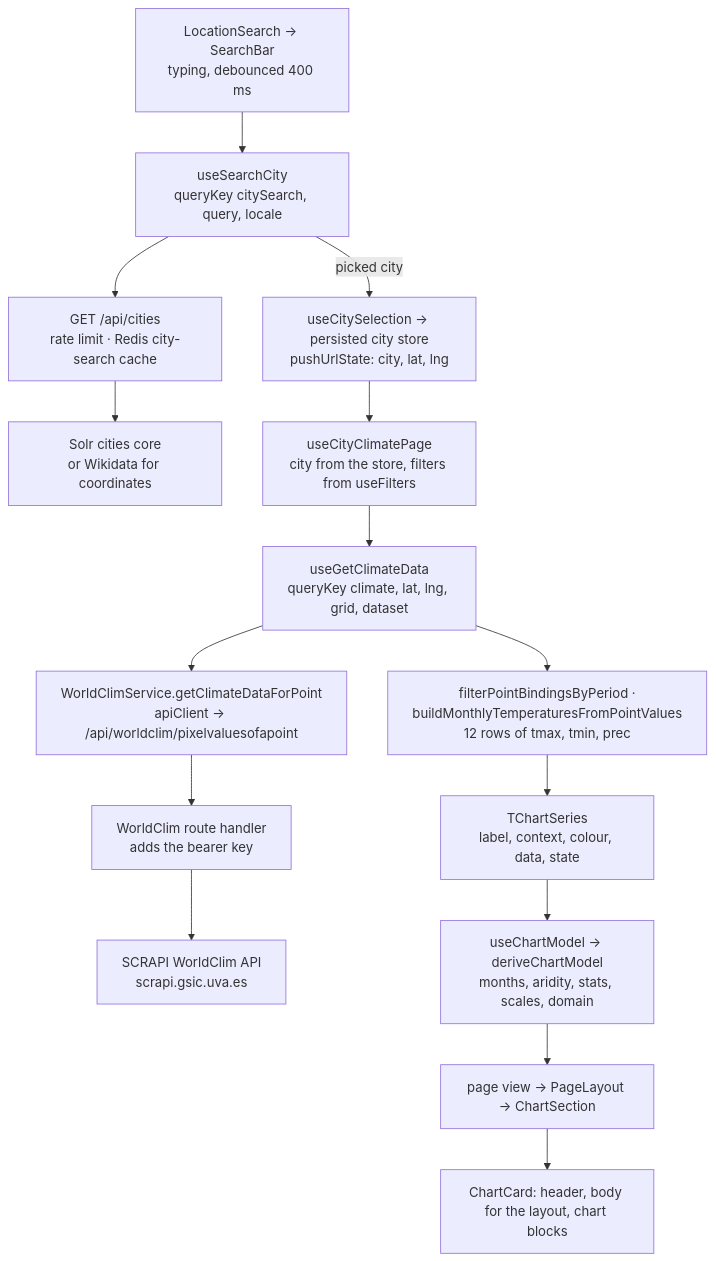
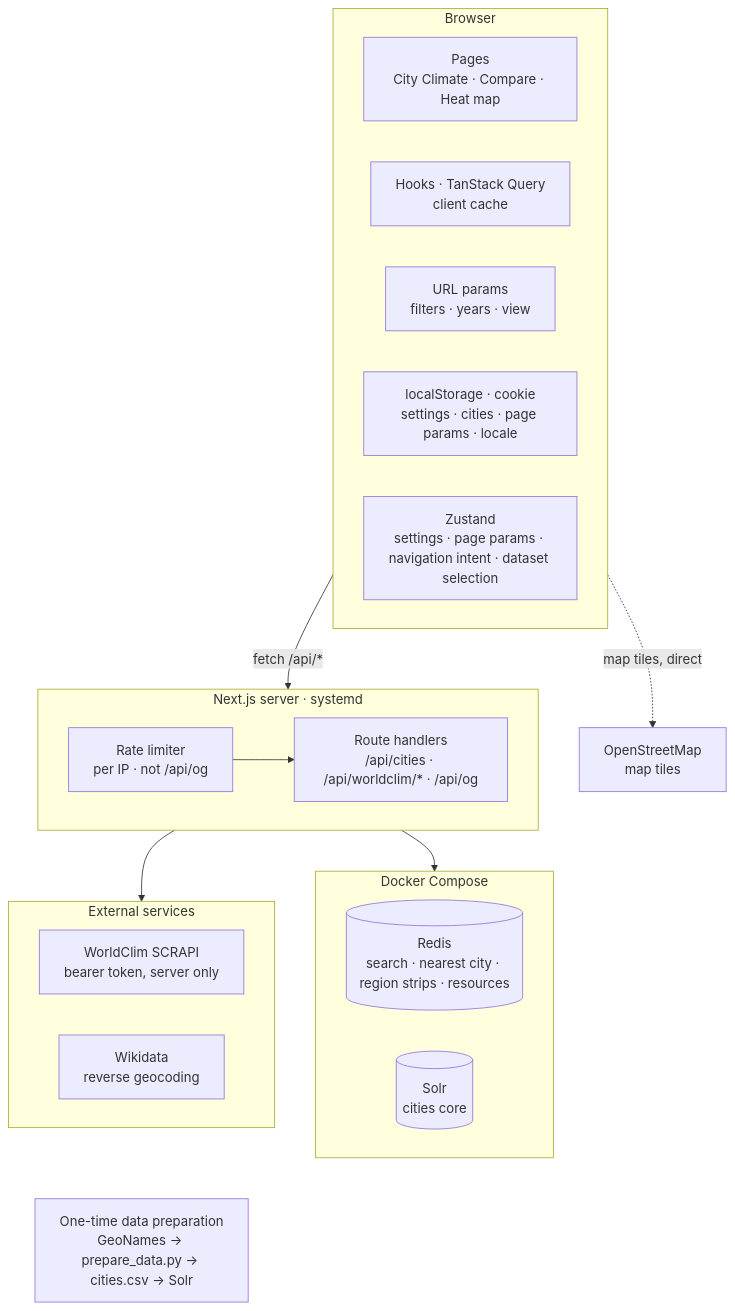
Before and after one commit to ClimaticaHQ/climatica-nextjs: the first of 3 diagrams in docs/architecture.md, drawn with Mermaid. The commit also changed other lines of this file and 16 other files, not shown here.

Commit message:
feat(docs): update app docs with mermaids schematic diagrams

````diff
--- a/docs/architecture.md
+++ b/docs/architecture.md
@@ -54,17 +8,37 @@
 ```mermaid
-flowchart TD
-  search["LocationSearch → SearchBar<br/>typing, debounced 400 ms"] --> citiesHook["useSearchCity<br/>queryKey citySearch, query, locale"]
-  citiesHook --> citiesRoute["GET /api/cities<br/>rate limit · Redis city-search cache"]
-  citiesRoute --> solr["Solr cities core<br/>or Wikidata for coordinates"]
-  citiesHook -->|picked city| pick["useCitySelection → persisted city store<br/>pushUrlState: city, lat, lng"]
-  pick --> pageHook["useCityClimatePage<br/>city from the store, filters from useFilters"]
-  pageHook --> dataHook["useGetClimateData<br/>queryKey climate, lat, lng, grid, dataset"]
-  dataHook --> service["WorldClimService.getClimateDataForPoint<br/>apiClient → /api/worldclim/pixelvaluesofapoint"]
-  service --> proxy["WorldClim route handler<br/>adds the bearer key"]
-  proxy --> scrapi["SCRAPI WorldClim API<br/>scrapi.gsic.uva.es"]
-  dataHook --> rows["filterPointBindingsByPeriod ·<br/>buildMonthlyTemperaturesFromPointValues<br/>12 rows of tmax, tmin, prec"]
-  rows --> series["TChartSeries<br/>label, context, colour, data, state"]
-  series --> model["useChartModel → deriveChartModel<br/>months, aridity, stats, scales, domain"]
-  model --> view["page view → PageLayout → ChartSection"]
-  view --> card["ChartCard: header, body for the layout, chart blocks"]
+flowchart TB
+  subgraph browser["Browser"]
+    direction LR
+    pages["Pages<br/>City Climate · Compare · Heat map"]
+    hooks["Hooks · TanStack Query<br/>client cache"]
+    url["URL params<br/>filters · years · view"]
+    storage["localStorage · cookie<br/>settings · cities · page params · locale"]
+    zustand["Zustand<br/>settings · page params · navigation intent · dataset selection"]
+  end
+
+  subgraph server["Next.js server · systemd"]
+    direction LR
+    limiter["Rate limiter<br/>per IP · not /api/og"] --> handlers["Route handlers<br/>/api/cities · /api/worldclim/* · /api/og"]
+  end
+
+  subgraph infra["Docker Compose"]
+    direction LR
+    redis[("Redis<br/>search · nearest city · region strips · resources")]
+    solr[("Solr<br/>cities core")]
+  end
+
+  subgraph external["External services"]
+    direction LR
+    scrapi["WorldClim SCRAPI<br/>bearer token, server only"]
+    wikidata["Wikidata<br/>reverse geocoding"]
+  end
+
+  osm["OpenStreetMap<br/>map tiles"]
+  prep["One-time data preparation<br/>GeoNames → prepare_data.py → cities.csv → Solr"]
+
+  browser -->|"fetch /api/*"| server
+  browser -.->|"map tiles, direct"| osm
+  server --> infra
+  server --> external
+  external ~~~ prep
 ```
````
